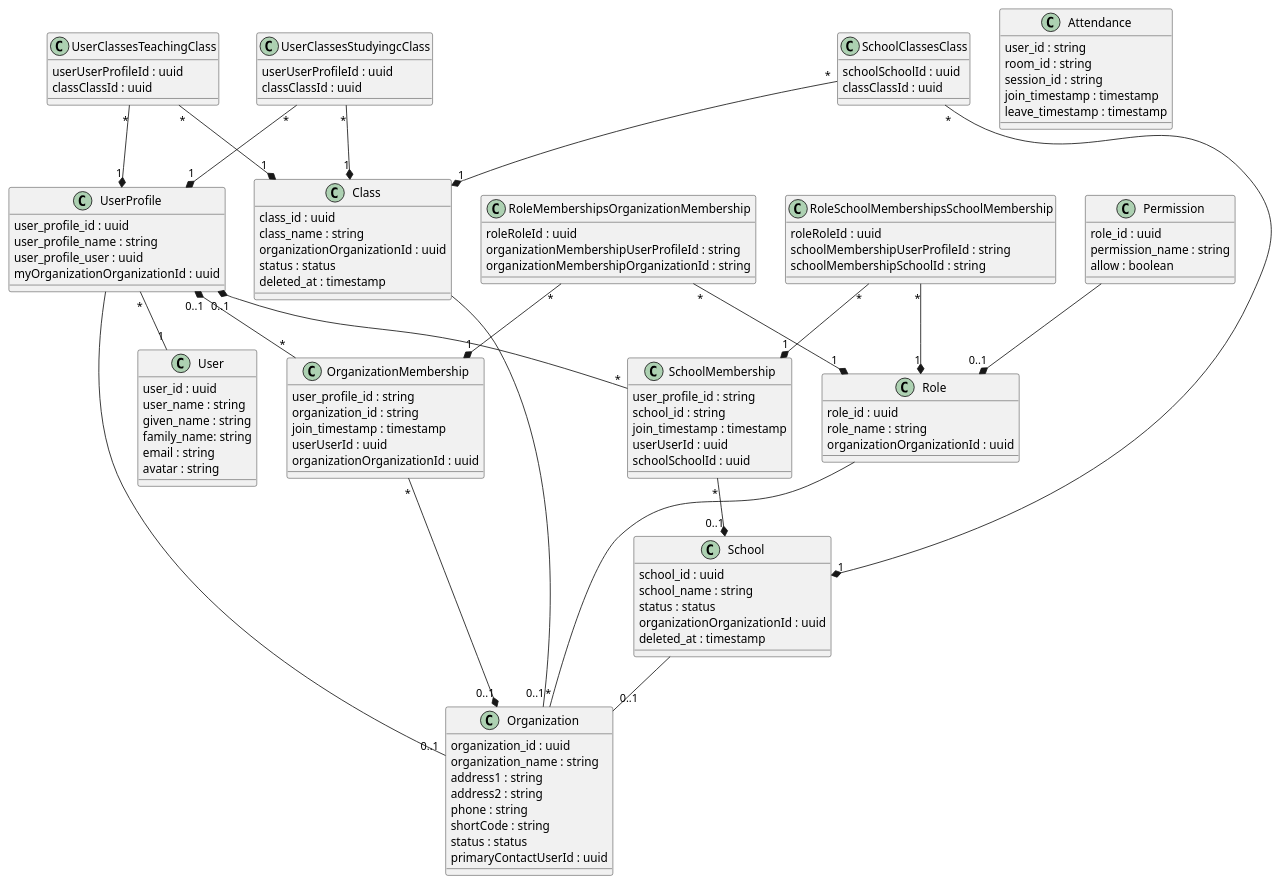
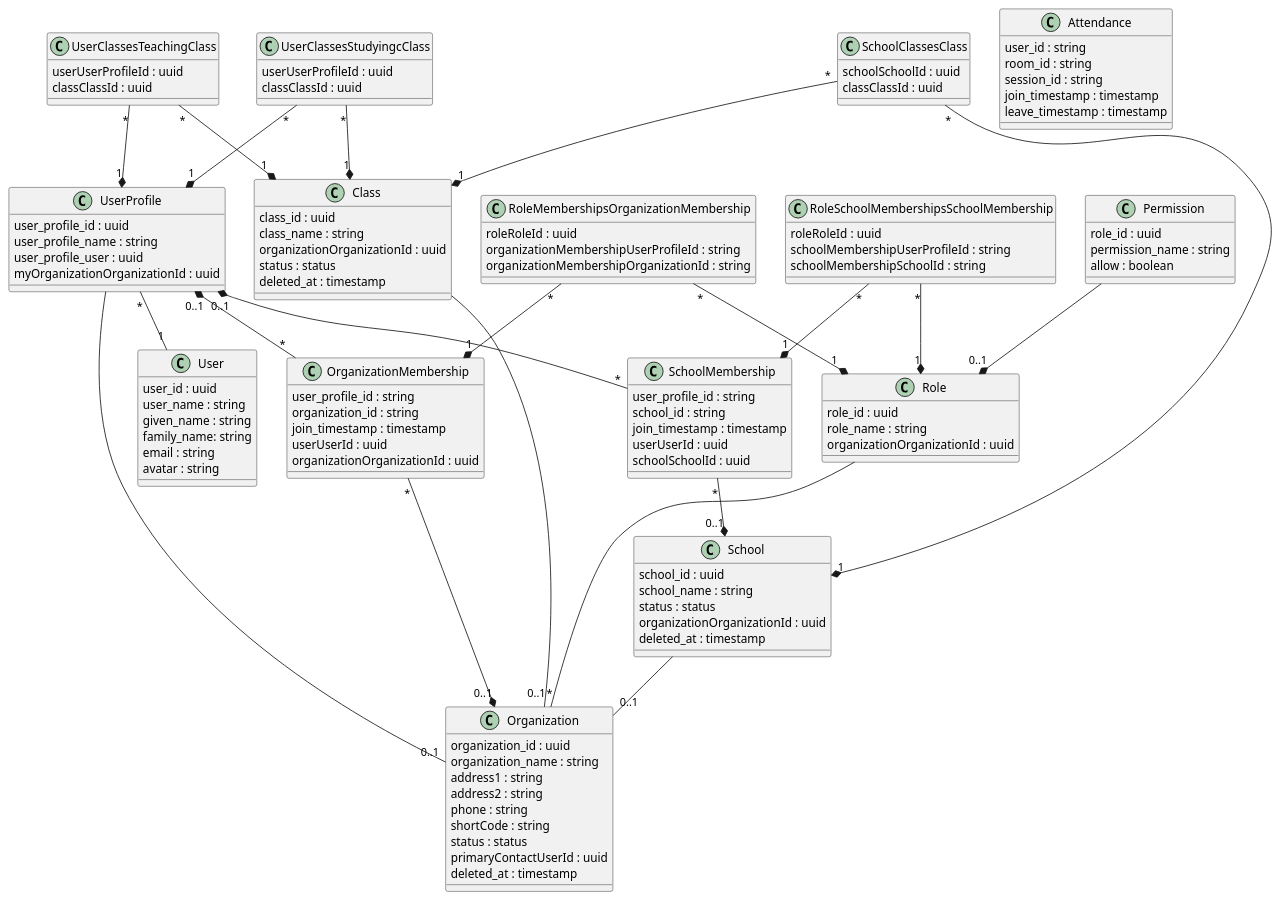
One commit to Klasmart-Engineering/user-service changed the diagram in documents/dbschema.plantuml. Above: the diagram before and after it, drawn with PlantUML. The commit also changed 5 other files, not shown here.

```diff
--- a/documents/dbschema.plantuml
+++ b/documents/dbschema.plantuml
@@ -1,129 +1,130 @@
 @startuml
 class User {
   user_id : uuid
   user_name : string
   given_name : string
   family_name: string
   email : string
   avatar : string
 }
 
 class UserProfile{
    user_profile_id : uuid
    user_profile_name : string
    user_profile_user : uuid
    myOrganizationOrganizationId : uuid
 }
 
 class Class {
   class_id : uuid
   class_name : string
   organizationOrganizationId : uuid
   status : status
   deleted_at : timestamp
 }
 
 class Organization {
   organization_id : uuid
   organization_name : string
   address1 : string
   address2 : string
   phone : string
   shortCode : string
   status : status
   primaryContactUserId : uuid
+  deleted_at : timestamp
 }
 
 class OrganizationMembership {
   user_profile_id : string
   organization_id : string
   join_timestamp : timestamp
   userUserId : uuid
   organizationOrganizationId : uuid
 }
 
 class Permission {
   role_id : uuid
   permission_name : string
   allow : boolean
 }
 
 class Role {
   role_id : uuid
   role_name : string
   organizationOrganizationId : uuid
 }
 
 class School {
   school_id : uuid
   school_name : string
   status : status
   organizationOrganizationId : uuid
   deleted_at : timestamp
 }
 
 class SchoolMembership {
   user_profile_id : string
   school_id : string
   join_timestamp : timestamp
   userUserId : uuid
   schoolSchoolId : uuid
 }
 
 class Attendance {
   user_id : string
   room_id : string
   session_id : string
   join_timestamp : timestamp
   leave_timestamp : timestamp
 }
 
 class RoleMembershipsOrganizationMembership {
   roleRoleId : uuid
   organizationMembershipUserProfileId : string
   organizationMembershipOrganizationId : string
 }
 
 class RoleSchoolMembershipsSchoolMembership {
   roleRoleId : uuid
   schoolMembershipUserProfileId : string
   schoolMembershipSchoolId : string
 }
 
 class UserClassesStudyingcClass {
   userUserProfileId : uuid
   classClassId : uuid
 }
 
 class UserClassesTeachingClass {
   userUserProfileId : uuid
   classClassId : uuid
 }
 
 class SchoolClassesClass {
   schoolSchoolId : uuid
   classClassId : uuid
 }
 
 Role -- "*" Organization
 UserProfile -- "0..1" Organization
 UserProfile "0..1" *-- "*" OrganizationMembership
 UserProfile "*" -- "1" User
 OrganizationMembership "*" --* "0..1" Organization
 Class -- "0..1" Organization
 Permission --* "0..1" Role
 School -- "0..1" Organization
 UserProfile "0..1" *-- "*" SchoolMembership
 SchoolMembership "*" --* "0..1" School
 RoleMembershipsOrganizationMembership "*" --* "1" Role
 RoleMembershipsOrganizationMembership "*" --* "1" OrganizationMembership
 RoleSchoolMembershipsSchoolMembership "*" --* "1" Role
 RoleSchoolMembershipsSchoolMembership "*" --* "1" SchoolMembership
 UserClassesStudyingcClass "*" --* "1" UserProfile
 UserClassesStudyingcClass "*" --* "1" Class
 UserClassesTeachingClass "*" --* "1" UserProfile
 UserClassesTeachingClass "*" --* "1" Class
 SchoolClassesClass "*" --* "1" School
 SchoolClassesClass "*" --* "1" Class
 
 @enduml
```
